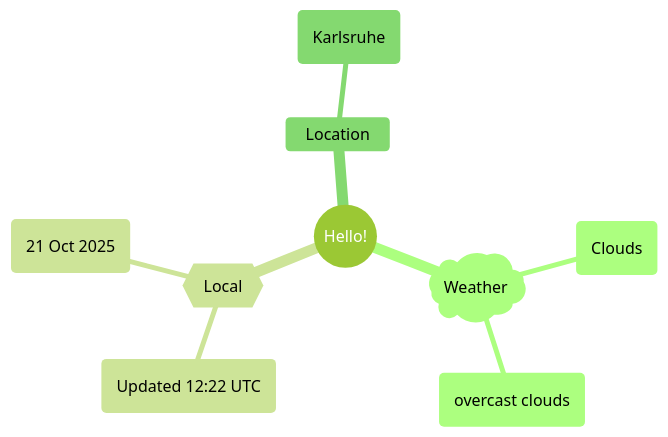
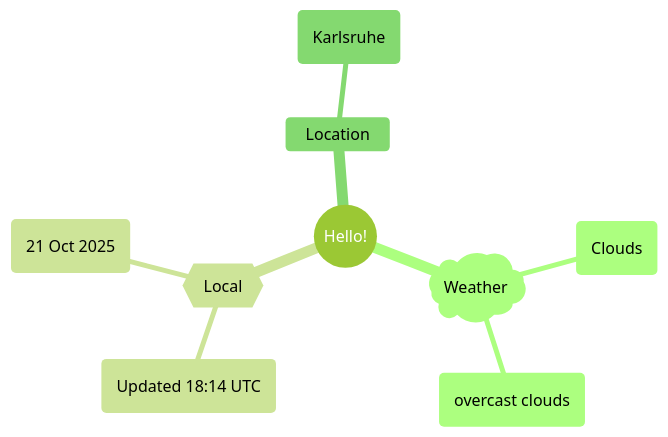
Before and after one commit to Xosrov/Xosrov: the first of 2 diagrams in README.md, drawn with Mermaid (forest theme).

Commit message:
[bot] updated images

````diff
--- a/README.md
+++ b/README.md
@@ -3,12 +3,12 @@
 ```mermaid
 mindmap
   root((Hello!))
     )Weather(
         (Clouds)
         (overcast clouds)
     {{Local}}
-        (Updated 12:22 UTC)
+        (Updated 18:14 UTC)
         (21 Oct 2025)
     Location
         (Karlsruhe)
 ```
````
